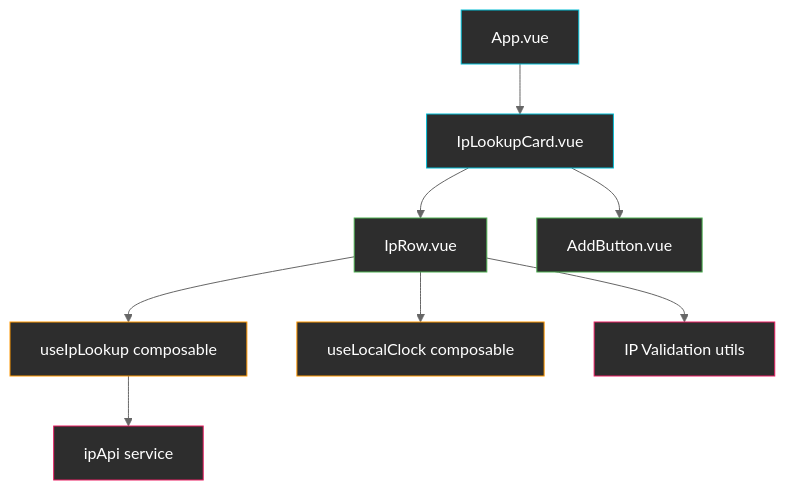
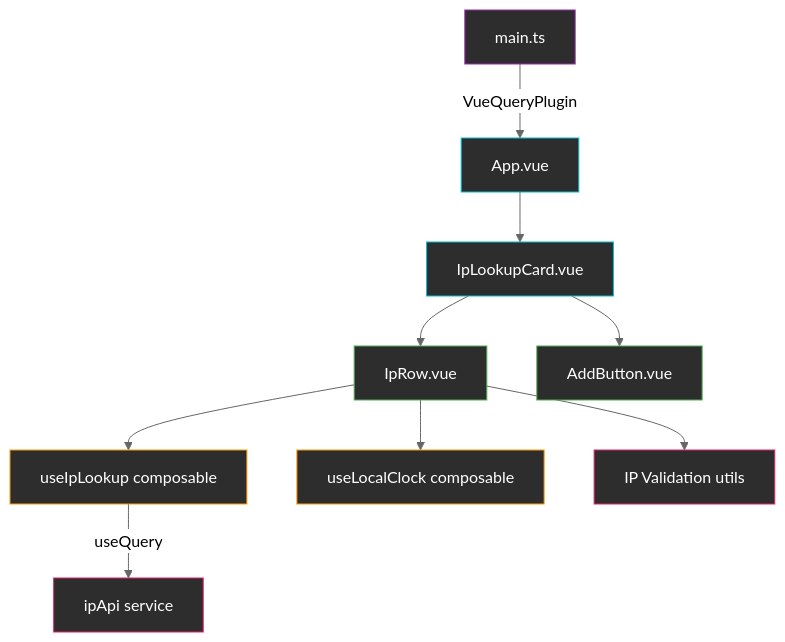
The first of 2 diagrams in IMPLEMENTATION_PLAN_VUE.md (codeHamster9/IP-Lookup), drawn with Mermaid (neutral theme) before and after one commit. The commit also changed other lines of this file and 1 other file, not shown here.

````diff
--- a/IMPLEMENTATION_PLAN_VUE.md
+++ b/IMPLEMENTATION_PLAN_VUE.md
@@ -51,19 +52,21 @@
 ```mermaid
 graph TD
-    A["App.vue"] --> B["IpLookupCard.vue"]
+    M["main.ts"] -->|VueQueryPlugin| A["App.vue"]
+    A --> B["IpLookupCard.vue"]
     B --> C["IpRow.vue"]
     B --> D["AddButton.vue"]
     C --> E["useIpLookup composable"]
     C --> F["useLocalClock composable"]
-    E --> G["ipApi service"]
+    E -->|useQuery| G["ipApi service"]
     C --> H["IP Validation utils"]
 
+    style M fill:#2d2d2d,stroke:#9c27b0,color:#fff
     style A fill:#2d2d2d,stroke:#00bcd4,color:#fff
     style B fill:#2d2d2d,stroke:#00bcd4,color:#fff
     style C fill:#2d2d2d,stroke:#4caf50,color:#fff
     style D fill:#2d2d2d,stroke:#4caf50,color:#fff
     style E fill:#2d2d2d,stroke:#ff9800,color:#fff
     style F fill:#2d2d2d,stroke:#ff9800,color:#fff
     style G fill:#2d2d2d,stroke:#e91e63,color:#fff
     style H fill:#2d2d2d,stroke:#e91e63,color:#fff
 ```
````
